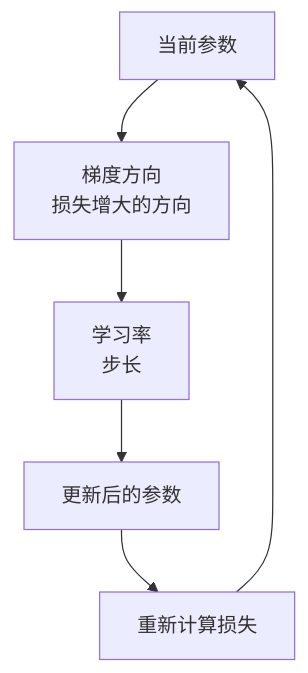
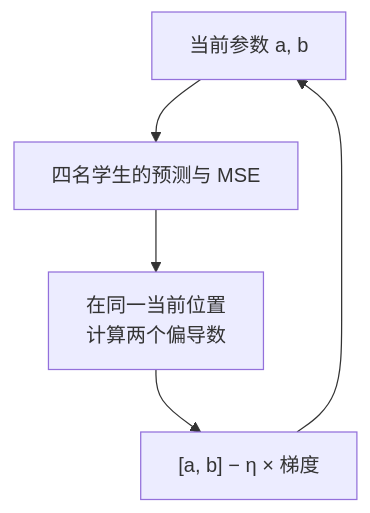
Before and after one commit to devchan64/AiBook: the diagram in docs/assets/part-02/chapter-06/gradient-descent-loop-flow-zh.mmd, drawn with Mermaid. The commit also changed 14 other files, not shown here.

```diff
--- a/docs/assets/part-02/chapter-06/gradient-descent-loop-flow-zh.mmd
+++ b/docs/assets/part-02/chapter-06/gradient-descent-loop-flow-zh.mmd
@@ -1,12 +1,6 @@
 flowchart TD
-  A["当前参数"]
-  B["梯度方向<br/>损失增大的方向"]
-  C["学习率<br/>步长"]
-  D["更新后的参数"]
-  E["重新计算损失"]
-
-  A --> B
-  B --> C
-  C --> D
-  D --> E
-  E --> A
+  P["当前参数 a, b"]
+  L["四名学生的预测与 MSE"]
+  G["在同一当前位置<br/>计算两个偏导数"]
+  U["[a, b] − η × 梯度"]
+  P --> L --> G --> U --> P
```
